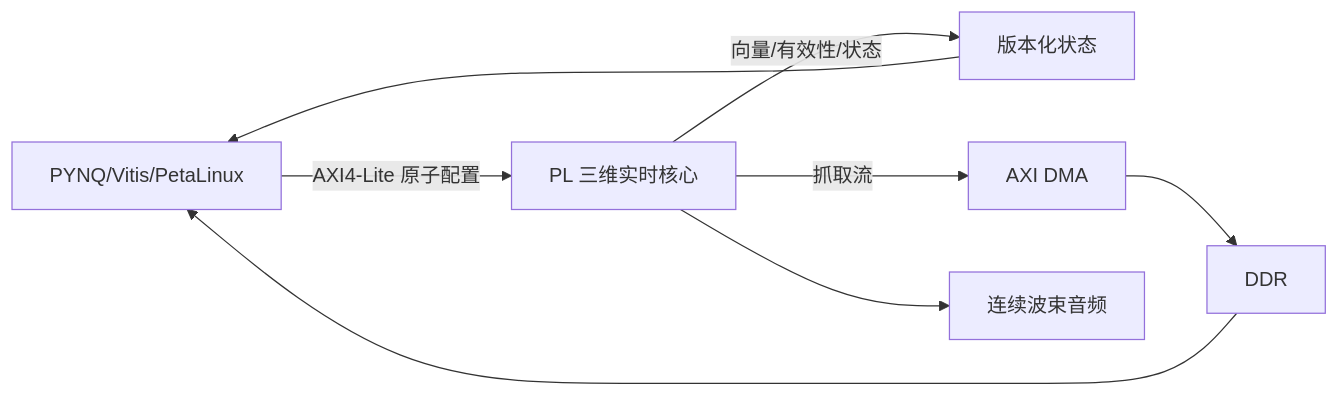
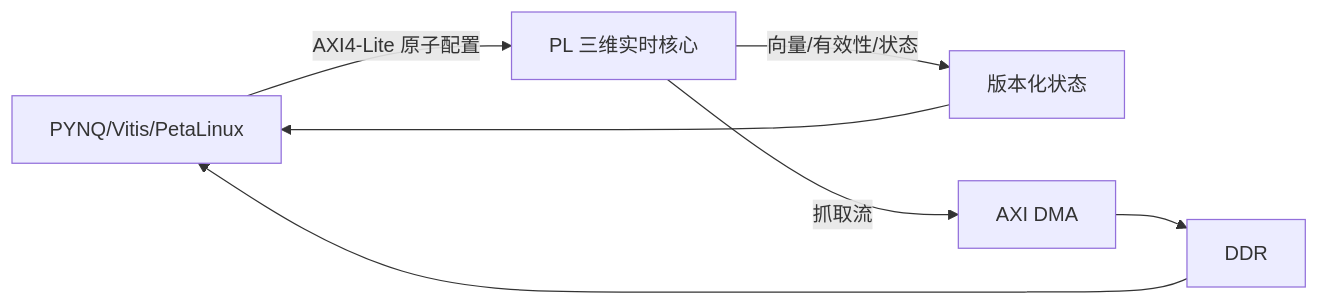
The second of 3 diagrams in document/history/three-dimensional-doa-engineering-guide.md (TophBeifong1744/SoundSight), drawn with Mermaid before and after one commit. The commit also changed other lines of this file and 86 other files, not shown here.

````diff
--- a/document/history/three-dimensional-doa-engineering-guide.md
+++ b/document/history/three-dimensional-doa-engineering-guide.md
@@ -337,10 +297,9 @@
 ```mermaid
 flowchart LR
     CFG[PYNQ/Vitis/PetaLinux] -->|AXI4-Lite 原子配置| PL[PL 三维实时核心]
     PL -->|向量/有效性/状态| REG[版本化状态]
     PL -->|抓取流| DMA[AXI DMA]
     DMA --> DDR[DDR]
     REG --> CFG
     DDR --> CFG
-    PL --> AUDIO[连续波束音频]
 ```
````
